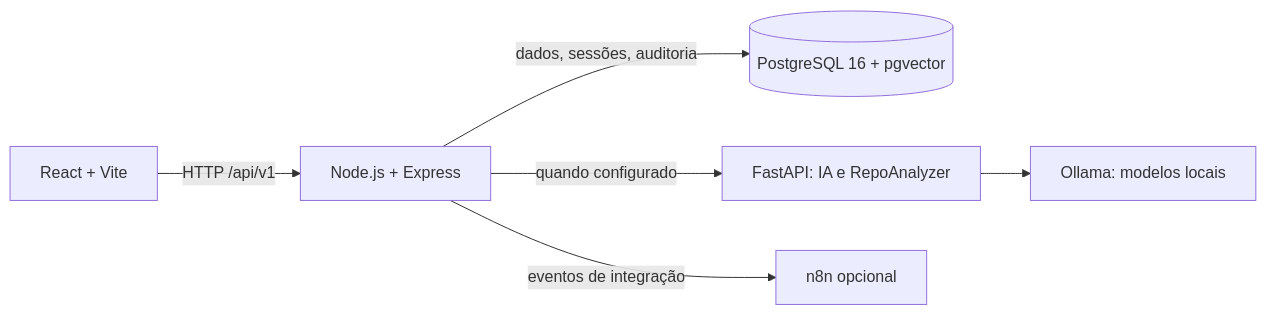
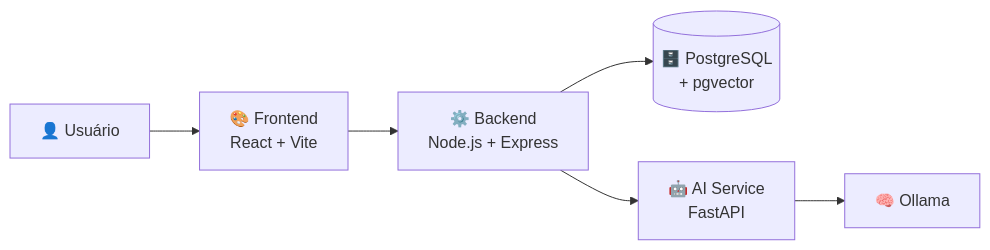
One commit to Galaticos-API/API-4 changed the diagram in README.md. Above: the diagram before and after it, drawn with Mermaid. The commit also changed other lines of this file, not shown here.

````diff
--- a/README.md
+++ b/README.md
@@ -83,8 +168,16 @@
 ```mermaid
 flowchart LR
-    Browser["React + Vite"] -->|"HTTP /api/v1"| API["Node.js + Express"]
-    API -->|"dados, sessões, auditoria"| DB[("PostgreSQL 16 + pgvector")]
-    API -->|"quando configurado"| AI["FastAPI: IA e RepoAnalyzer"]
-    AI --> Ollama["Ollama: modelos locais"]
-    API -->|"eventos de integração"| N8N["n8n opcional"]
+    U["👤 Usuário"]
+
+    F["🎨 Frontend<br/>React + Vite"]
+    B["⚙️ Backend<br/>Node.js + Express"]
+    DB[("🗄️ PostgreSQL<br/>+ pgvector")]
+    AI["🤖 AI Service<br/>FastAPI"]
+    O["🧠 Ollama"]
+
+    U --> F
+    F --> B
+    B --> DB
+    B --> AI
+    AI --> O
 ```
````
